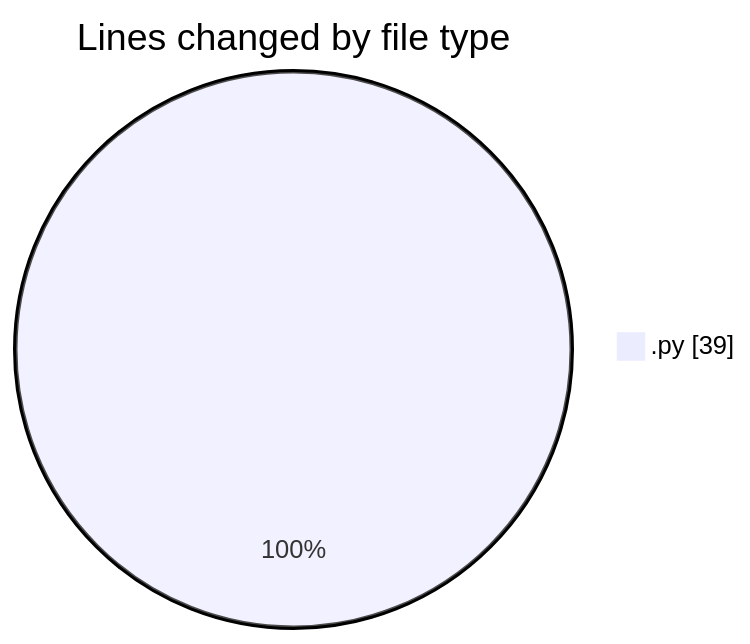
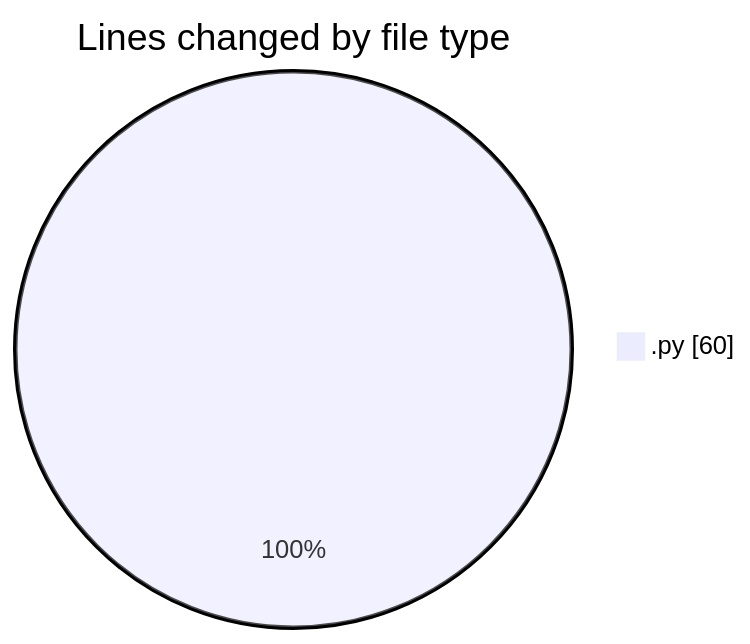
One commit to julien-gomy/code-tracking changed the first of 2 diagrams in 2025-11-18/eventscop-api-guide__workspace_/README.md. Above: the diagram before and after it, drawn with Mermaid. The commit also changed other lines of this file and 1 other file, not shown here.

````diff
--- a/2025-11-18/eventscop-api-guide__workspace_/README.md
+++ b/2025-11-18/eventscop-api-guide__workspace_/README.md
@@ -20,5 +20,5 @@
 ```mermaid
 pie showData
 title Lines changed by file type
-".py" : 39
+".py" : 60
 ```
````
